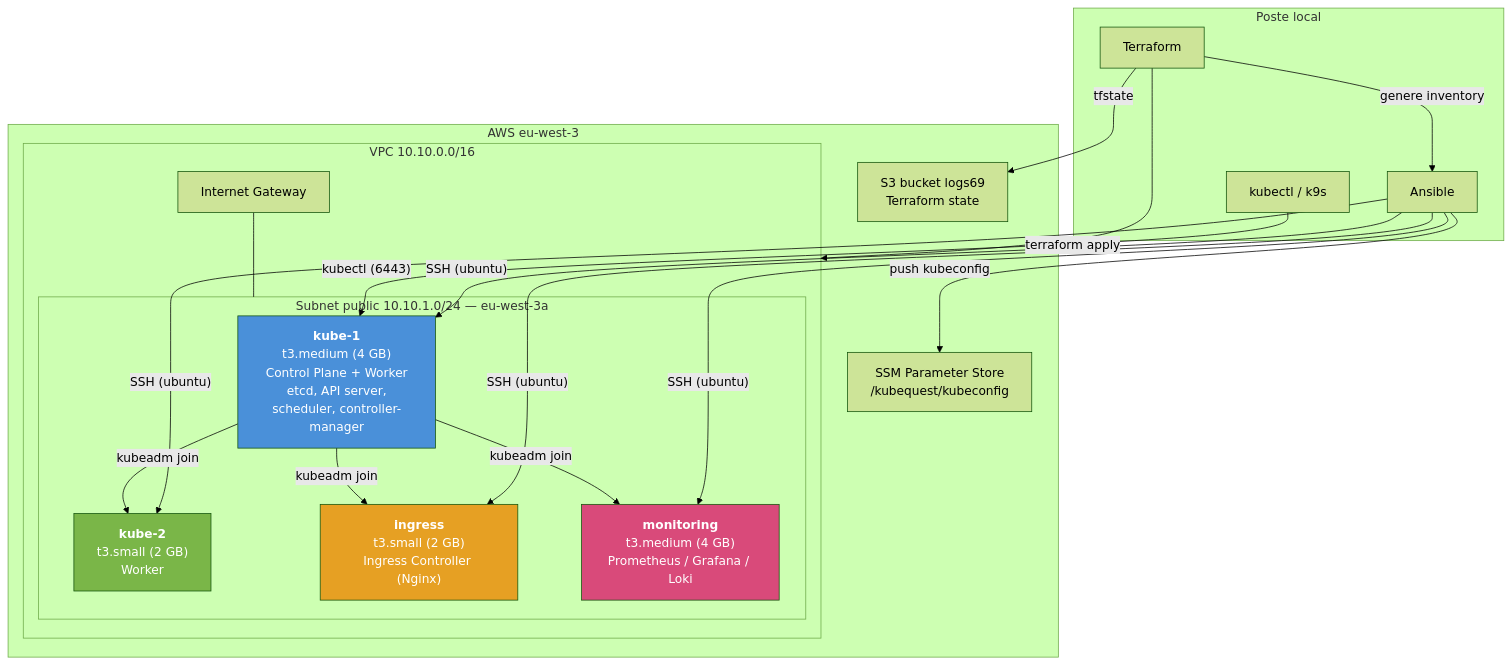
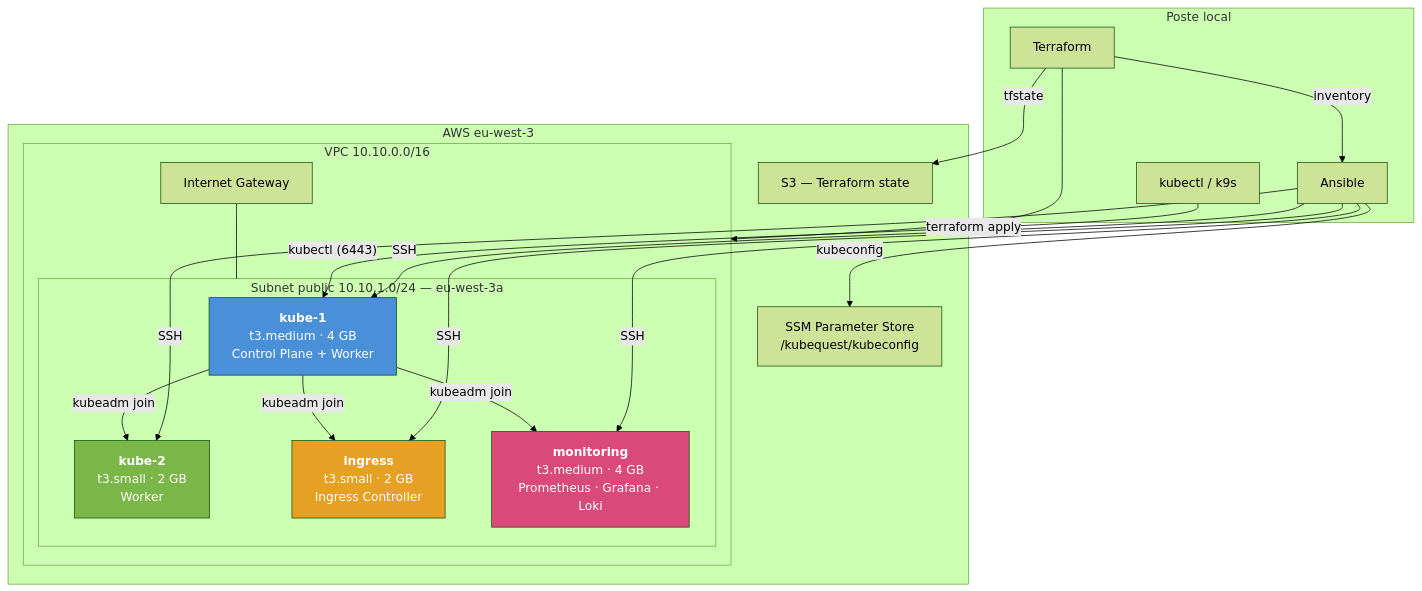
The diagram in README.md (Glutenfree69/Cluster69), drawn with Mermaid (forest theme) before and after one commit. The commit also changed other lines of this file and 6 other files, not shown here.

Commit message:
:ambulance: prometheus stack + local path provisioner + loki + metrics server + alloy :ambulance:

````diff
--- a/README.md
+++ b/README.md
@@ -20,43 +7,43 @@
 ```mermaid
 flowchart TB
     subgraph DEV["Poste local"]
         TF["Terraform"]
         AN["Ansible"]
         KC["kubectl / k9s"]
     end
 
     subgraph AWS["AWS eu-west-3"]
         subgraph VPC["VPC 10.10.0.0/16"]
             subgraph SUBNET["Subnet public 10.10.1.0/24 — eu-west-3a"]
-                K1["<b>kube-1</b><br/>t3.medium (4 GB)<br/>Control Plane + Worker<br/>etcd, API server,<br/>scheduler, controller-manager"]
-                K2["<b>kube-2</b><br/>t3.small (2 GB)<br/>Worker"]
-                IG["<b>ingress</b><br/>t3.small (2 GB)<br/>Ingress Controller (Nginx)"]
-                MO["<b>monitoring</b><br/>t3.medium (4 GB)<br/>Prometheus / Grafana / Loki"]
+                K1["<b>kube-1</b><br/>t3.medium · 4 GB<br/>Control Plane + Worker"]
+                K2["<b>kube-2</b><br/>t3.small · 2 GB<br/>Worker"]
+                IG["<b>ingress</b><br/>t3.small · 2 GB<br/>Ingress Controller"]
+                MO["<b>monitoring</b><br/>t3.medium · 4 GB<br/>Prometheus · Grafana · Loki"]
             end
             IGW["Internet Gateway"]
         end
         SSM["SSM Parameter Store<br/>/kubequest/kubeconfig"]
-        S3["S3 bucket logs69<br/>Terraform state"]
+        S3["S3 — Terraform state"]
     end
 
     TF -- "terraform apply" --> VPC
     TF -- "tfstate" --> S3
-    TF -- "genere inventory" --> AN
-    AN -- "SSH (ubuntu)" --> K1
-    AN -- "SSH (ubuntu)" --> K2
-    AN -- "SSH (ubuntu)" --> IG
-    AN -- "SSH (ubuntu)" --> MO
-    AN -- "push kubeconfig" --> SSM
+    TF -- "inventory" --> AN
+    AN -- "SSH" --> K1
+    AN -- "SSH" --> K2
+    AN -- "SSH" --> IG
+    AN -- "SSH" --> MO
+    AN -- "kubeconfig" --> SSM
     KC -- "kubectl (6443)" --> K1
 
     K1 -- "kubeadm join" --> K2
     K1 -- "kubeadm join" --> IG
     K1 -- "kubeadm join" --> MO
 
     IGW --- SUBNET
 
     style K1 fill:#4a90d9,color:#fff
     style K2 fill:#7ab648,color:#fff
     style IG fill:#e6a023,color:#fff
     style MO fill:#d94a7a,color:#fff
 ```
````
